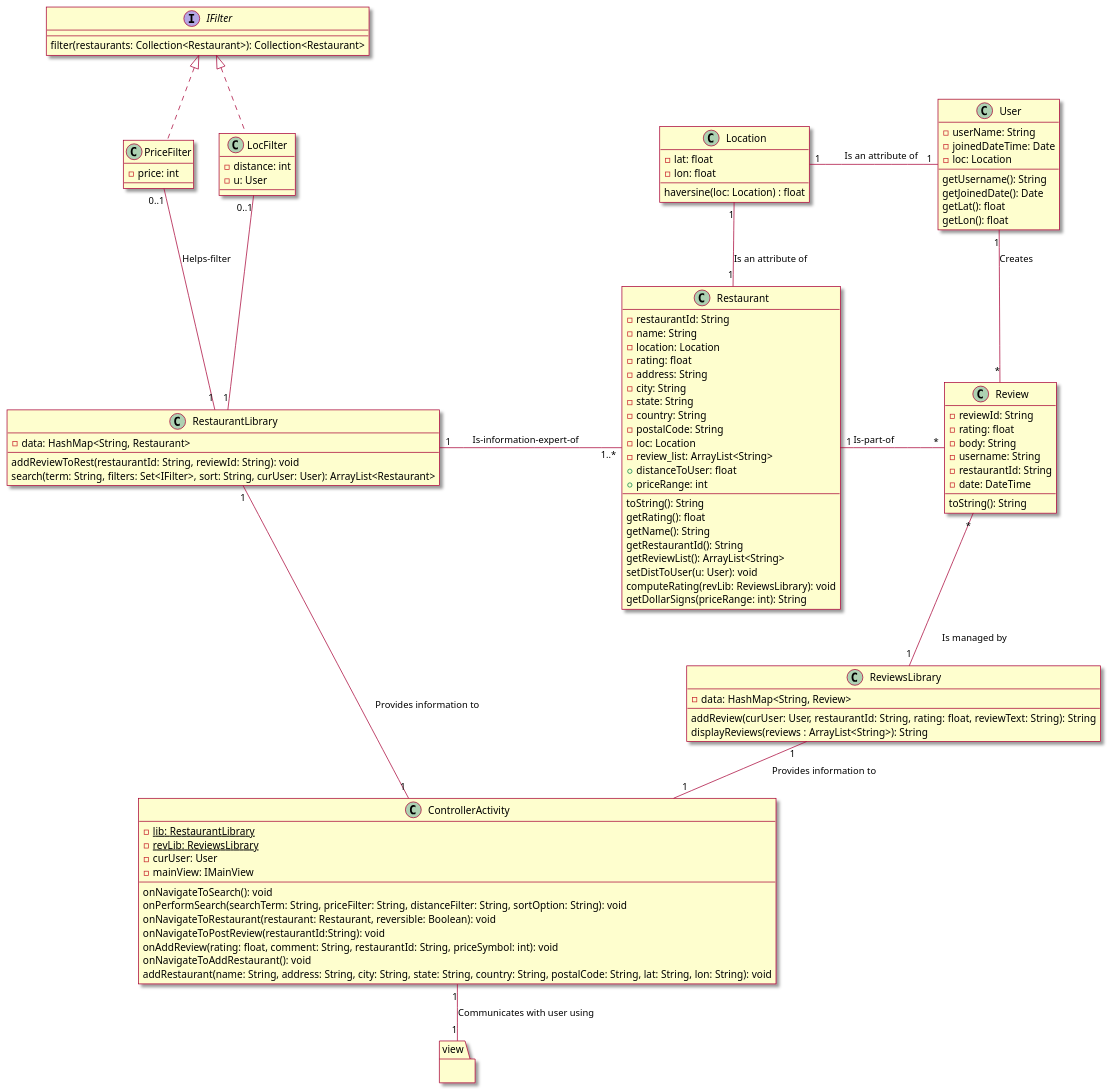
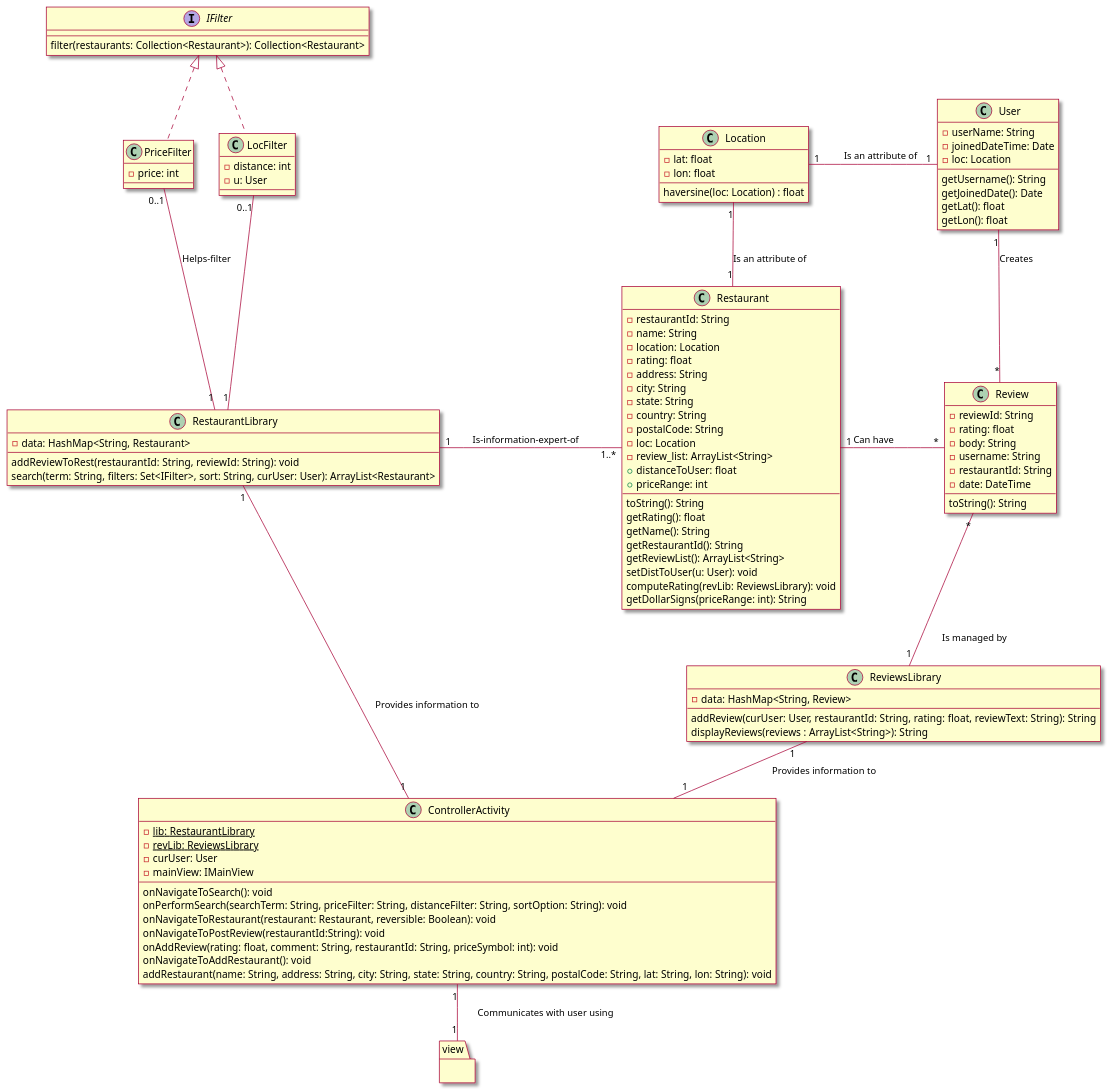
Before and after one commit to tanwasp/LunchBox-Android: the fourth of 5 diagrams in intellij/doc/design.md, drawn with PlantUML. The commit also changed other lines of this file and 4 other files, not shown here.

Commit message:
Finish diagrams

````diff
--- a/intellij/doc/design.md
+++ b/intellij/doc/design.md
@@ -207,13 +209,13 @@
 LocFilter "0..1" -- "1" RestaurantLibrary
 RestaurantLibrary "1" - "1..*" Restaurant : \tIs-information-expert-of\t\t
 Review "*" -down- "1" ReviewsLibrary: \tIs managed by\t\t
-Review "*" -left- "1" Restaurant : Is-part-of\t\t
+Restaurant "1" -right- "*" Review: Can have\t\t
 User "1" -down- "*" Review : Creates\t\t
 Location "1" - "1" Restaurant : Is an attribute of\t
 Location "1" - "1" User: \tIs an attribute of\t
 RestaurantLibrary "1" -down- "1" ControllerActivity: Provides information to\t
 ReviewsLibrary "1" -down- "1" ControllerActivity: \tProvides information to\t
-ControllerActivity "1" -down- "1" view: "Communicates with user using"
+ControllerActivity "1" -down- "1" view: \tCommunicates with user using
 
 @enduml
 ```
````
